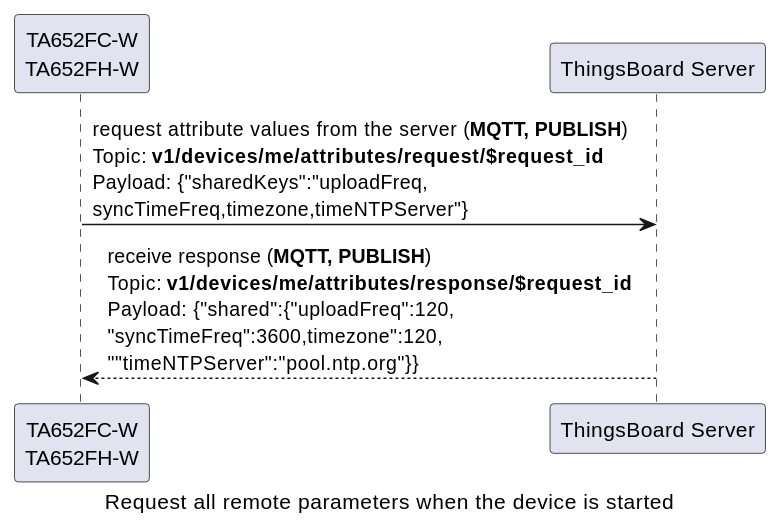
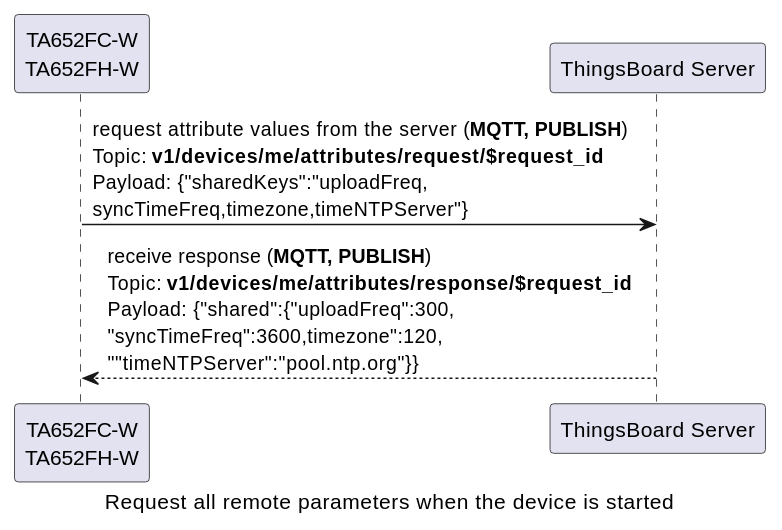
Diagram 11 of 17 in docs/device/ta652fc-w/ta652fc-w-mqtt-api.rst (avantec-iot/avantec-thingsboard), drawn with PlantUML before and after one commit. The commit also changed other lines of this file and 1 other file, not shown here.

Commit message:
uploadFreq, a shared attributes, deault value is 300 seconds

```diff
--- a/docs/device/ta652fc-w/ta652fc-w-mqtt-api.rst
+++ b/docs/device/ta652fc-w/ta652fc-w-mqtt-api.rst
@@ -762,10 +762,10 @@
   .. uml::
 
     caption  Request all remote parameters when the device is started
 
     participant "TA652FC-W\nTA652FH-W" as TBDev order 10
     participant "ThingsBoard Server"  as TBSrv order 20 
 
     TBDev  ->  TBSrv: request attribute values from the server (**MQTT, PUBLISH**) \nTopic: **v1/devices/me/attributes/request/$request_id** \nPayload: {"sharedKeys":"uploadFreq,\nsyncTimeFreq,timezone,timeNTPServer"}
     
-    TBDev <--  TBSrv: receive response (**MQTT, PUBLISH**) \nTopic: **v1/devices/me/attributes/response/$request_id** \nPayload: {"shared":{"uploadFreq":120,\n"syncTimeFreq":3600,timezone":120,\n""timeNTPServer":"pool.ntp.org"}}
+    TBDev <--  TBSrv: receive response (**MQTT, PUBLISH**) \nTopic: **v1/devices/me/attributes/response/$request_id** \nPayload: {"shared":{"uploadFreq":300,\n"syncTimeFreq":3600,timezone":120,\n""timeNTPServer":"pool.ntp.org"}}
```
